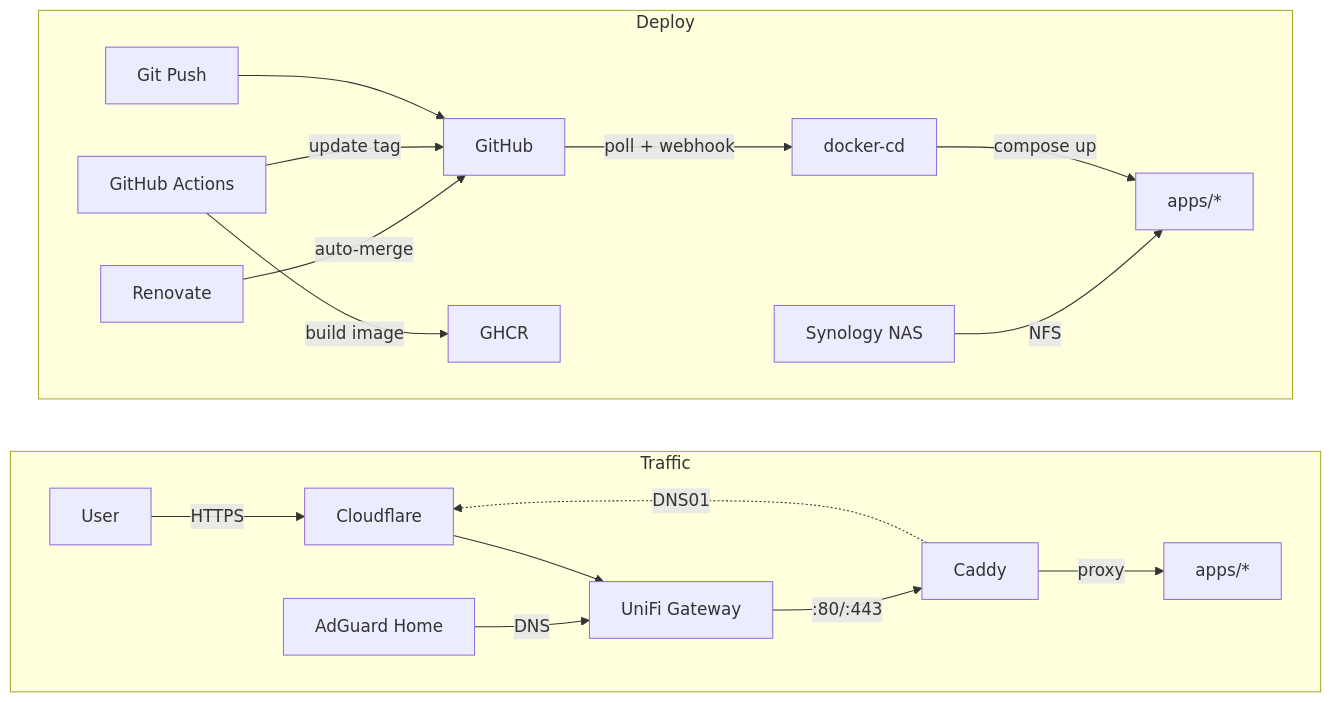
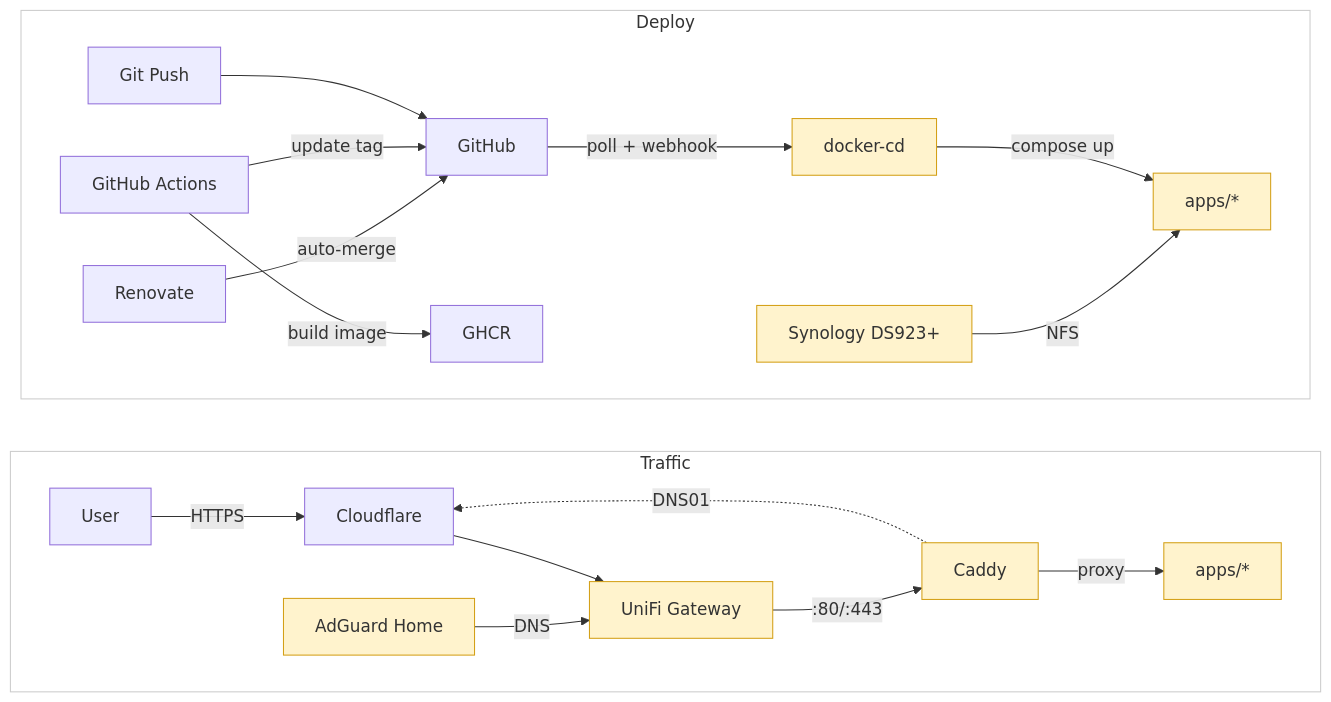
One commit to wajeht/home-ops changed the diagram in README.md. Above: the diagram before and after it, drawn with Mermaid.

Commit message:
docs: clarify nas model and update diagram styles

````diff
--- a/README.md
+++ b/README.md
@@ -16,25 +16,31 @@
 ```mermaid
 flowchart TB
     subgraph deploy[Deploy]
         direction LR
         git[Git Push] --> github[GitHub]
         actions[GitHub Actions] -->|build image| ghcr[GHCR]
         actions -->|update tag| github
         renovate[Renovate] -->|auto-merge| github
         github -->|poll + webhook| docker_cd[docker-cd]
         docker_cd -->|compose up| apps[apps/*]
-        nas[Synology NAS] -->|NFS| apps
+        nas[Synology DS923+] -->|NFS| apps
     end
 
     subgraph traffic[Traffic]
         direction LR
         user[User] -->|HTTPS| cf[Cloudflare]
         cf --> unifi[UniFi Gateway]
         adguard[AdGuard Home] -->|DNS| unifi
         unifi -->|:80/:443| caddy[Caddy]
         caddy -->|proxy| apps2[apps/*]
         caddy -.->|DNS01| cf
     end
 
     deploy ~~~ traffic
+
+    style deploy fill:none,stroke:#ccc
+    style traffic fill:none,stroke:#ccc
+
+    classDef hw fill:#fff3cd,stroke:#d4a017
+    class docker_cd,apps,caddy,apps2,unifi,adguard,nas hw
 ```
````
